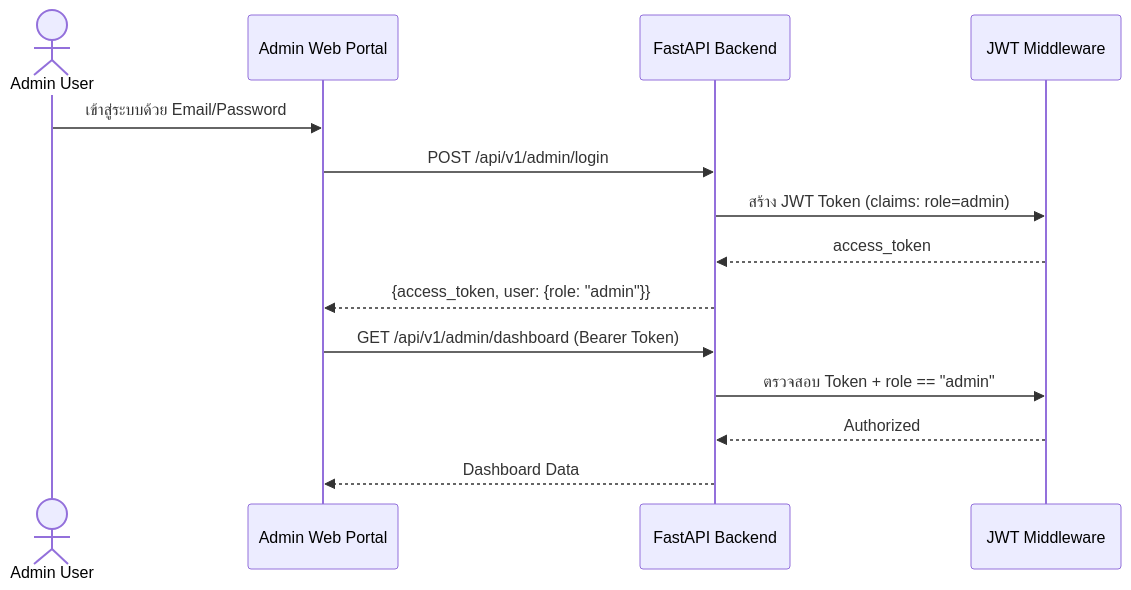
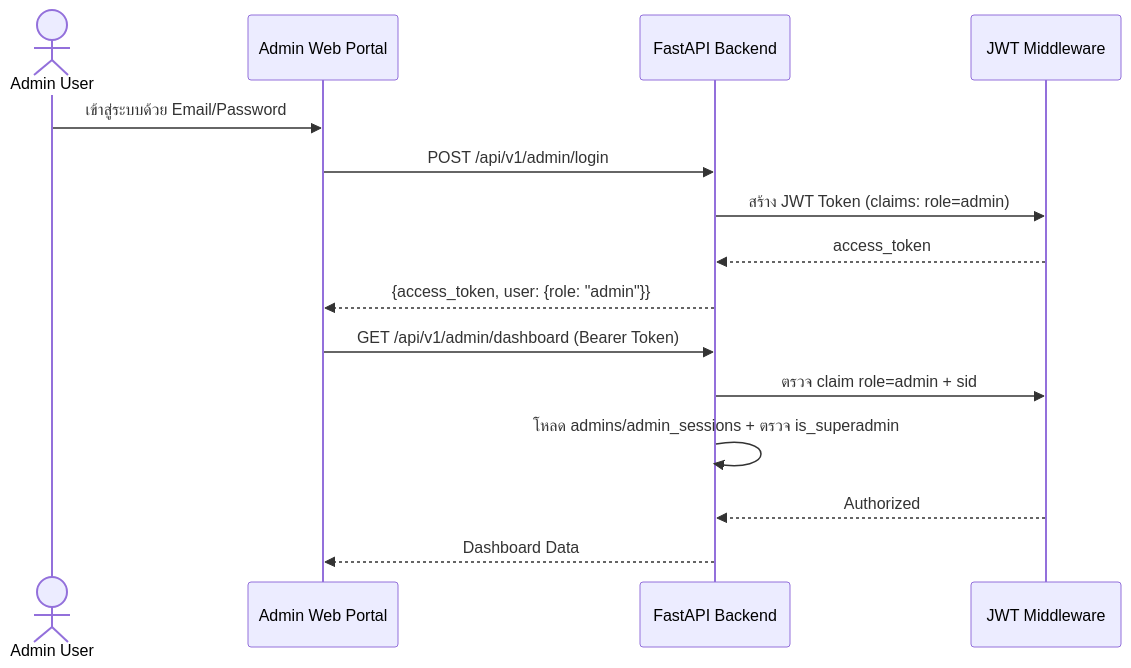
One commit to Panuwat-ta/project changed the second of 4 diagrams in Document/admin/admin.md. Above: the diagram before and after it, drawn with Mermaid. The commit also changed other lines of this file and 143 other files, not shown here.

First line of the commit message:
Update traceability matrix, use case diagram, and test cases documentation

````diff
--- a/Document/admin/admin.md
+++ b/Document/admin/admin.md
@@ -79,17 +79,18 @@
 ```mermaid
 sequenceDiagram
     actor Admin as Admin User
     participant Portal as Admin Web Portal
     participant API as FastAPI Backend
     participant JWT as JWT Middleware
 
     Admin->>Portal: เข้าสู่ระบบด้วย Email/Password
     Portal->>API: POST /api/v1/admin/login
     API->>JWT: สร้าง JWT Token (claims: role=admin)
     JWT-->>API: access_token
     API-->>Portal: {access_token, user: {role: "admin"}}
     Portal->>API: GET /api/v1/admin/dashboard (Bearer Token)
-    API->>JWT: ตรวจสอบ Token + role == "admin"
+    API->>JWT: ตรวจ claim role=admin + sid
+    API->>API: โหลด admins/admin_sessions + ตรวจ is_superadmin
     JWT-->>API: Authorized
     API-->>Portal: Dashboard Data
 ```
````
